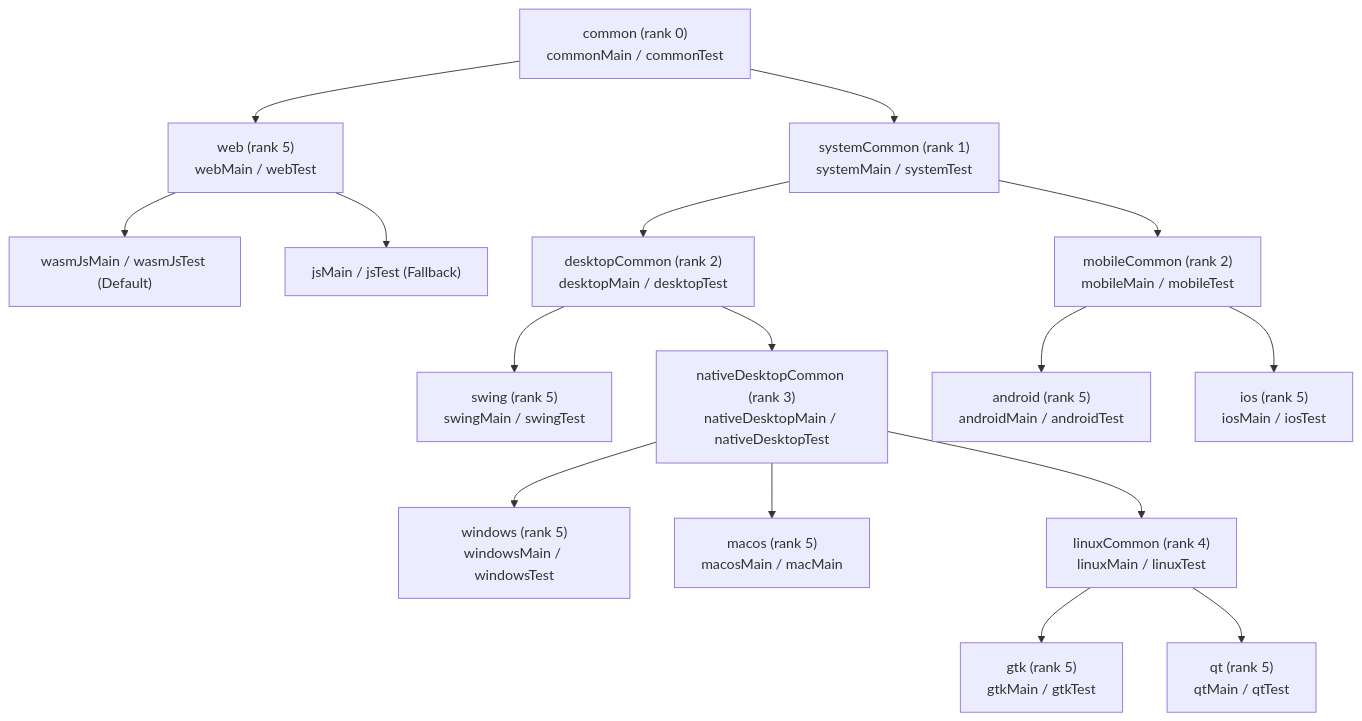
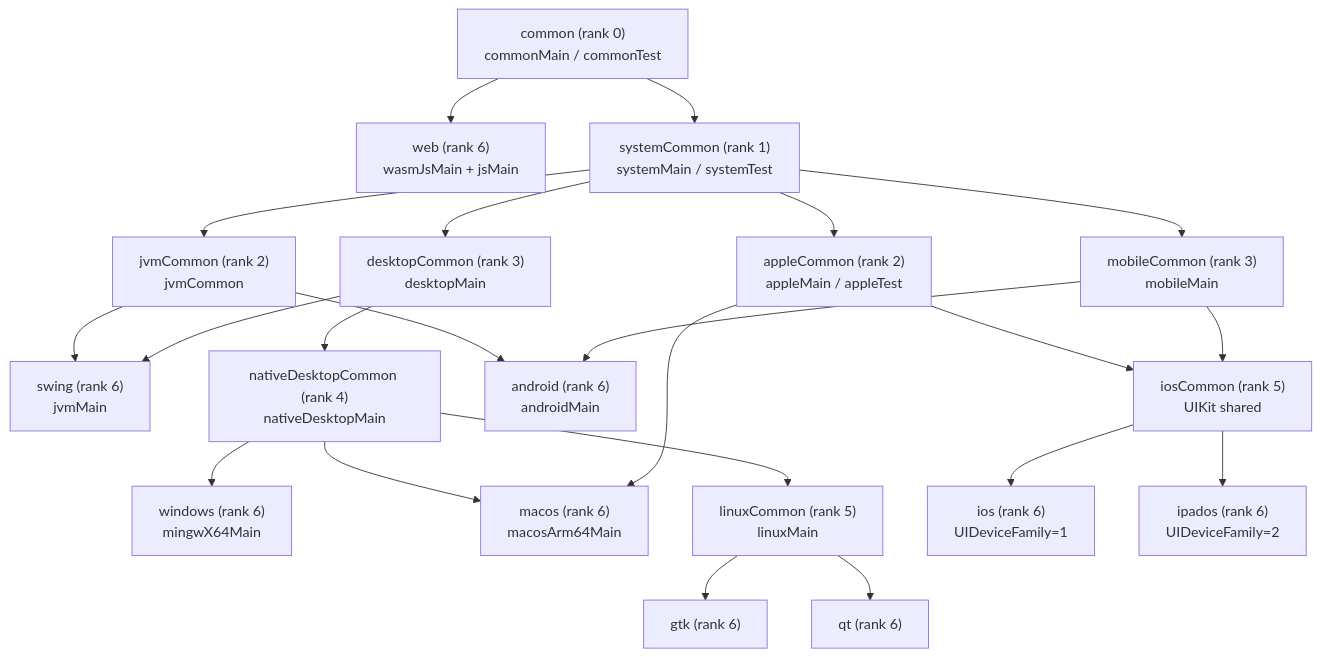
The diagram in docs/sourcesets.md (GenericUI/GenericUI), drawn with Mermaid before and after one commit. The commit also changed other lines of this file and 185 other files, not shown here.

````diff
--- a/docs/sourcesets.md
+++ b/docs/sourcesets.md
@@ -35,35 +39,43 @@
 ```mermaid
 flowchart TD
     common["common (rank 0)<br/>commonMain / commonTest"]
-    web["web (rank 5)<br/>webMain / webTest"]
-    wasmJs["wasmJsMain / wasmJsTest (Default)"]
-    js["jsMain / jsTest (Fallback)"]
+    web["web (rank 6)<br/>wasmJsMain + jsMain"]
     systemCommon["systemCommon (rank 1)<br/>systemMain / systemTest"]
-    desktopCommon["desktopCommon (rank 2)<br/>desktopMain / desktopTest"]
-    mobileCommon["mobileCommon (rank 2)<br/>mobileMain / mobileTest"]
-    swing["swing (rank 5)<br/>swingMain / swingTest"]
-    nativeDesktopCommon["nativeDesktopCommon (rank 3)<br/>nativeDesktopMain / nativeDesktopTest"]
-    windows["windows (rank 5)<br/>windowsMain / windowsTest"]
-    macos["macos (rank 5)<br/>macosMain / macMain"]
-    linuxCommon["linuxCommon (rank 4)<br/>linuxMain / linuxTest"]
-    gtk["gtk (rank 5)<br/>gtkMain / gtkTest"]
-    qt["qt (rank 5)<br/>qtMain / qtTest"]
-    android["android (rank 5)<br/>androidMain / androidTest"]
-    ios["ios (rank 5)<br/>iosMain / iosTest"]
+    appleCommon["appleCommon (rank 2)<br/>appleMain / appleTest"]
+    jvmCommon["jvmCommon (rank 2)<br/>jvmCommon"]
+    desktopCommon["desktopCommon (rank 3)<br/>desktopMain"]
+    mobileCommon["mobileCommon (rank 3)<br/>mobileMain"]
+    swing["swing (rank 6)<br/>jvmMain"]
+    nativeDesktopCommon["nativeDesktopCommon (rank 4)<br/>nativeDesktopMain"]
+    windows["windows (rank 6)<br/>mingwX64Main"]
+    macos["macos (rank 6)<br/>macosArm64Main"]
+    linuxCommon["linuxCommon (rank 5)<br/>linuxMain"]
+    gtk["gtk (rank 6)"]
+    qt["qt (rank 6)"]
+    android["android (rank 6)<br/>androidMain"]
+    iosCommon["iosCommon (rank 5)<br/>UIKit shared"]
+    ios["ios (rank 6)<br/>UIDeviceFamily=1"]
+    ipados["ipados (rank 6)<br/>UIDeviceFamily=2"]
 
     common --> web
-    web --> wasmJs
-    web --> js
     common --> systemCommon
+    systemCommon --> jvmCommon
+    systemCommon --> appleCommon
     systemCommon --> desktopCommon
     systemCommon --> mobileCommon
+    jvmCommon --> swing
+    jvmCommon --> android
     desktopCommon --> swing
     desktopCommon --> nativeDesktopCommon
     nativeDesktopCommon --> windows
     nativeDesktopCommon --> macos
+    appleCommon --> macos
+    appleCommon --> iosCommon
     nativeDesktopCommon --> linuxCommon
     linuxCommon --> gtk
     linuxCommon --> qt
     mobileCommon --> android
-    mobileCommon --> ios
+    mobileCommon --> iosCommon
+    iosCommon --> ios
+    iosCommon --> ipados
 ```
````
